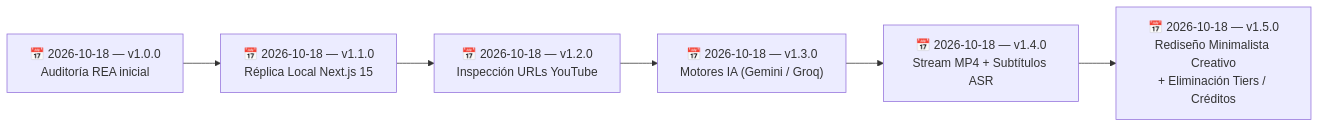
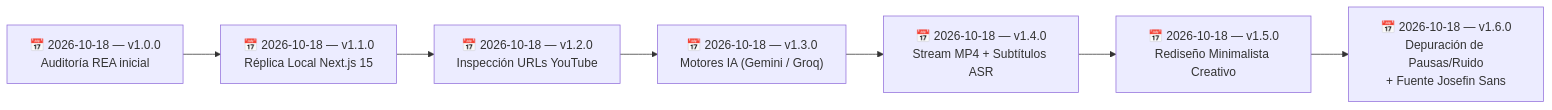
The diagram in ClippersIppers/90 - Recursos/Historial de cambios.md (SebzSGC/Doc-Projects), drawn with Mermaid before and after one commit. The commit also changed other lines of this file and 1 other file, not shown here.

First line of the commit message:
feat(clippersippers): transcripcion limpia y fuente Josefin Sans

````diff
--- a/ClippersIppers/90 - Recursos/Historial de cambios.md
+++ b/ClippersIppers/90 - Recursos/Historial de cambios.md
@@ -19,4 +19,4 @@
 ```mermaid
 flowchart LR
-    V1["📅 2026-10-18 — v1.0.0<br/>Auditoría REA inicial"] --> V2["📅 2026-10-18 — v1.1.0<br/>Réplica Local Next.js 15"] --> V3["📅 2026-10-18 — v1.2.0<br/>Inspección URLs YouTube"] --> V4["📅 2026-10-18 — v1.3.0<br/>Motores IA (Gemini / Groq)"] --> V5["📅 2026-10-18 — v1.4.0<br/>Stream MP4 + Subtítulos ASR"] --> V6["📅 2026-10-18 — v1.5.0<br/>Rediseño Minimalista Creativo<br/>+ Eliminación Tiers / Créditos"]
+    V1["📅 2026-10-18 — v1.0.0<br/>Auditoría REA inicial"] --> V2["📅 2026-10-18 — v1.1.0<br/>Réplica Local Next.js 15"] --> V3["📅 2026-10-18 — v1.2.0<br/>Inspección URLs YouTube"] --> V4["📅 2026-10-18 — v1.3.0<br/>Motores IA (Gemini / Groq)"] --> V5["📅 2026-10-18 — v1.4.0<br/>Stream MP4 + Subtítulos ASR"] --> V6["📅 2026-10-18 — v1.5.0<br/>Rediseño Minimalista Creativo"] --> V7["📅 2026-10-18 — v1.6.0<br/>Depuración de Pausas/Ruido<br/>+ Fuente Josefin Sans"]
 ```
````
